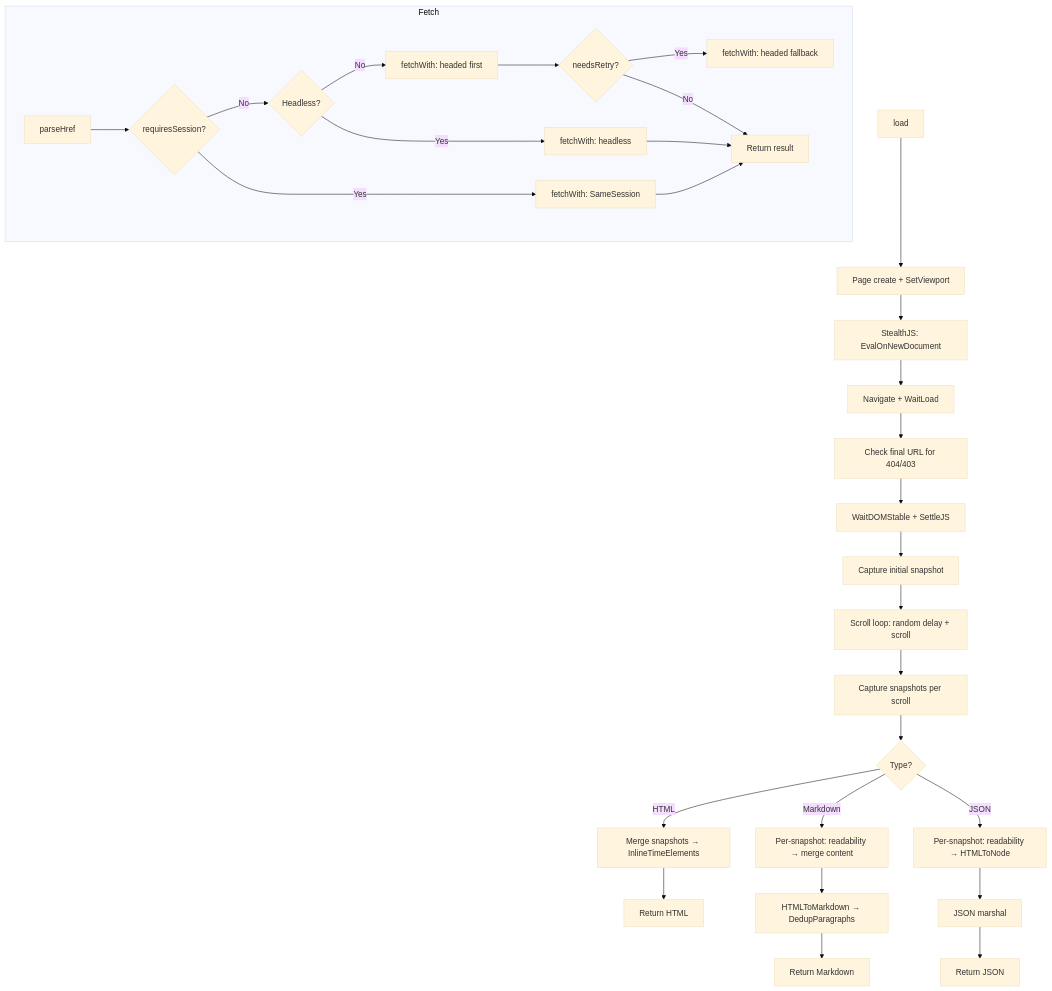
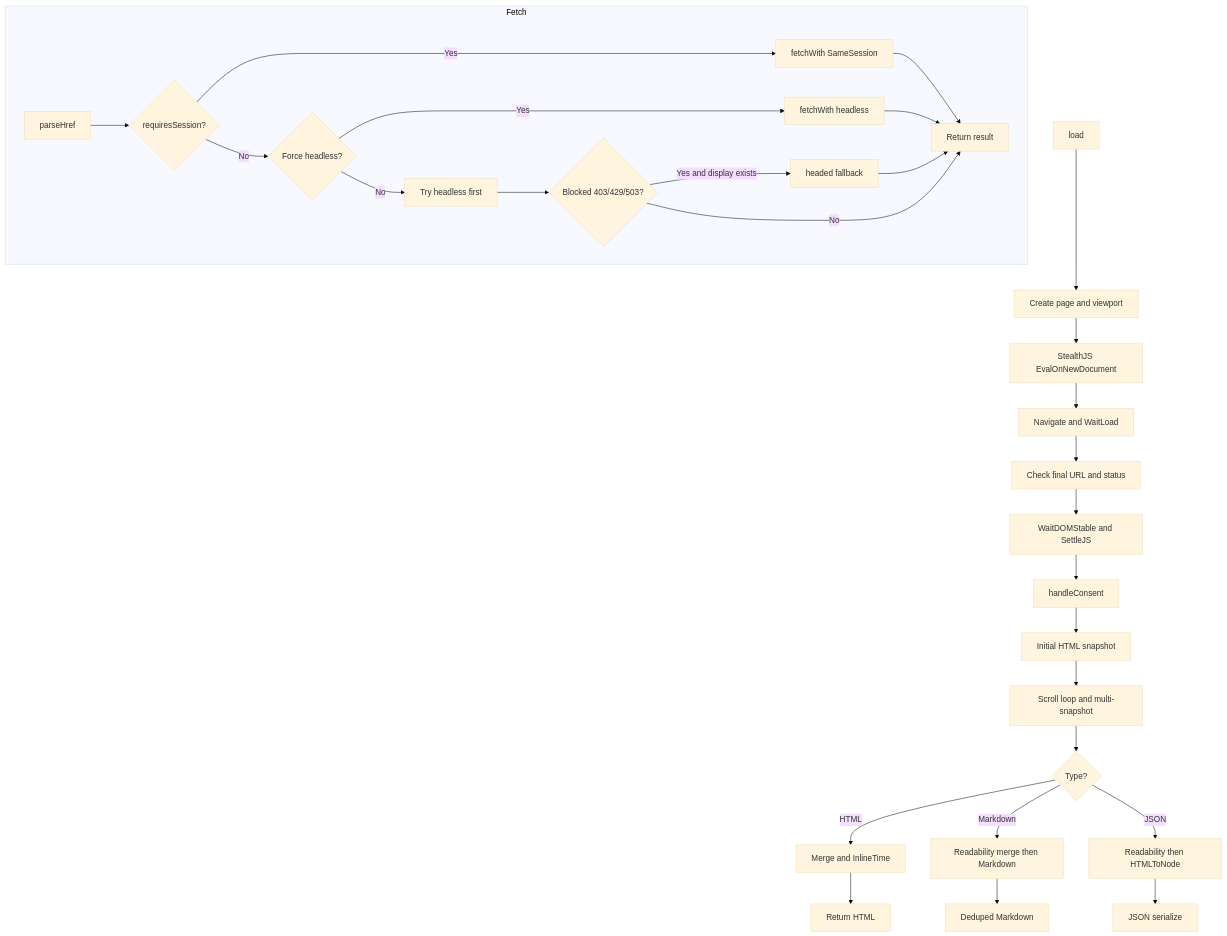
Before and after one commit to pardnchiu/go-browser: the third of 7 diagrams in doc/architecture.md, drawn with Mermaid (base theme). The commit also changed other lines of this file and 5 other files, not shown here.

````diff
--- a/doc/architecture.md
+++ b/doc/architecture.md
@@ -49,32 +50,31 @@
 ```mermaid
 graph TB
     subgraph Fetch
         A[parseHref] --> B{requiresSession?}
-        B -->|Yes| C[fetchWith: SameSession]
-        B -->|No| D{Headless?}
-        D -->|Yes| E[fetchWith: headless]
-        D -->|No| F[fetchWith: headed first]
-        F --> G{needsRetry?}
-        G -->|Yes| H[fetchWith: headed fallback]
+        B -->|Yes| C[fetchWith SameSession]
+        B -->|No| D{Force headless?}
+        D -->|Yes| E[fetchWith headless]
+        D -->|No| F[Try headless first]
+        F --> G{Blocked 403/429/503?}
+        G -->|Yes and display exists| H[headed fallback]
         G -->|No| I[Return result]
         E --> I
         C --> I
+        H --> I
     end
-    J[load] --> K[Page create + SetViewport]
-    K --> L[StealthJS: EvalOnNewDocument]
-    L --> M[Navigate + WaitLoad]
-    M --> N[Check final URL for 404/403]
-    N --> O[WaitDOMStable + SettleJS]
-    O --> P[Capture initial snapshot]
-    P --> Q[Scroll loop: random delay + scroll]
-    Q --> R[Capture snapshots per scroll]
+    J[load] --> K[Create page and viewport]
+    K --> L[StealthJS EvalOnNewDocument]
+    L --> M[Navigate and WaitLoad]
+    M --> N[Check final URL and status]
+    N --> O[WaitDOMStable and SettleJS]
+    O --> P[handleConsent]
+    P --> Q[Initial HTML snapshot]
+    Q --> R[Scroll loop and multi-snapshot]
     R --> S{Type?}
-    S -->|HTML| T[Merge snapshots → InlineTimeElements]
-    S -->|Markdown| U[Per-snapshot: readability → merge content]
-    S -->|JSON| V[Per-snapshot: readability → HTMLToNode]
+    S -->|HTML| T[Merge and InlineTime]
+    S -->|Markdown| U[Readability merge then Markdown]
+    S -->|JSON| V[Readability then HTMLToNode]
     T --> W[Return HTML]
-    U --> X[HTMLToMarkdown → DedupParagraphs]
-    V --> Y[JSON marshal]
-    X --> Z[Return Markdown]
-    Y --> AA[Return JSON]
+    U --> X[Deduped Markdown]
+    V --> Y[JSON serialize]
 ```
````
